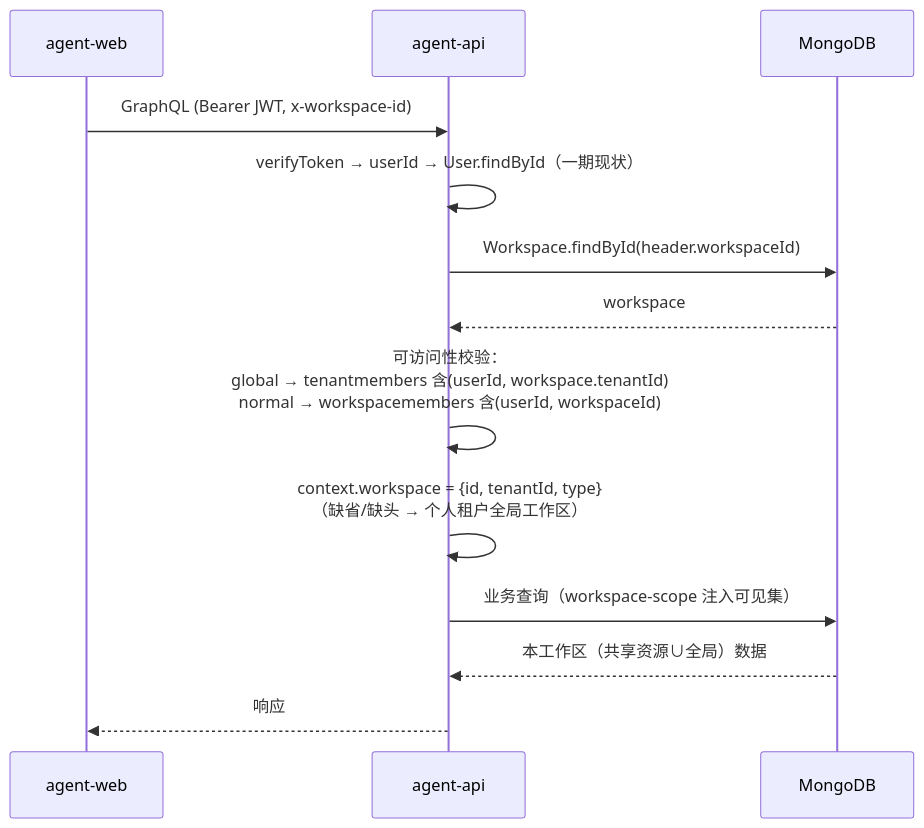
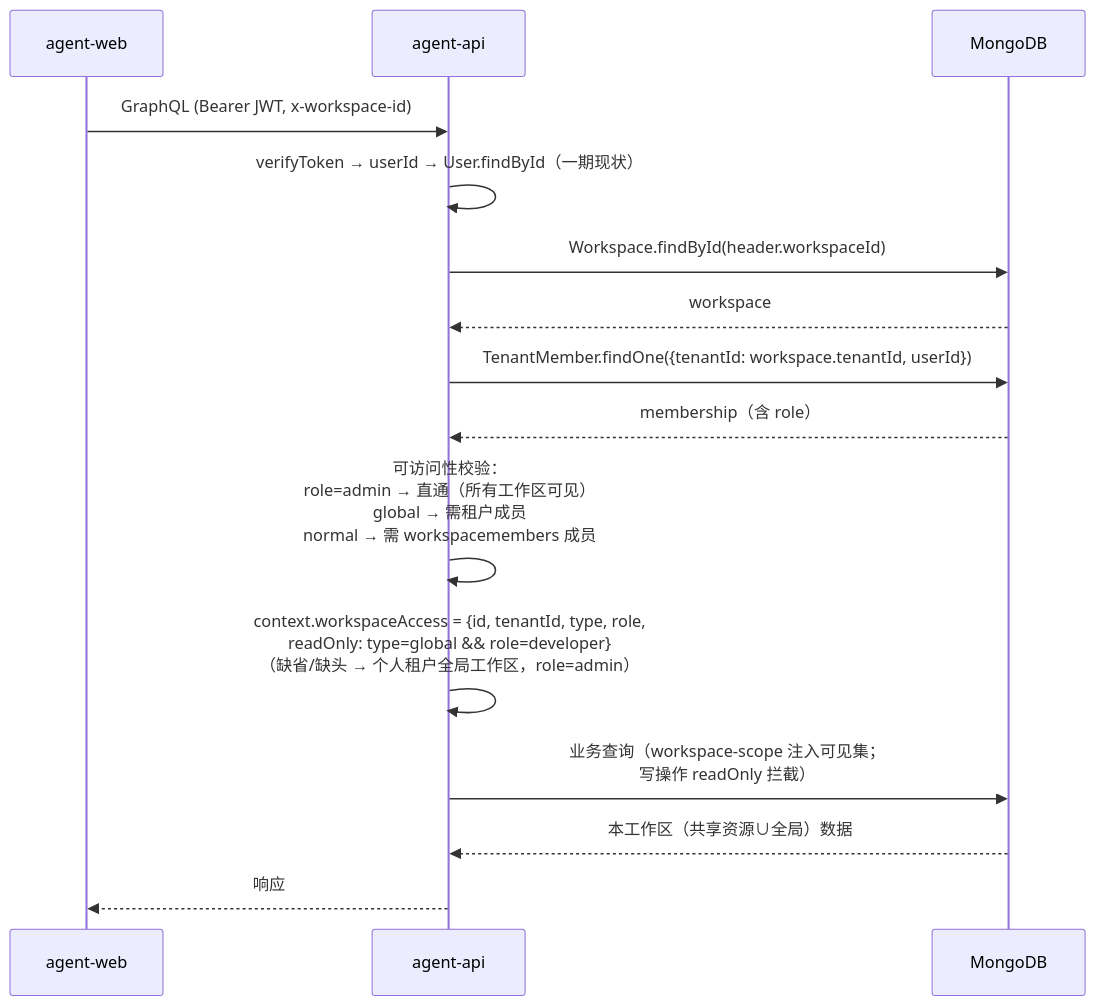
One commit to Deliay/z-agent-gear changed the third of 8 diagrams in docs/engineering/proposals/20261028-feat-multi-tenant-phase2.md. Above: the diagram before and after it, drawn with Mermaid. The commit also changed other lines of this file and 3 other files, not shown here.

````diff
--- a/docs/engineering/proposals/20261028-feat-multi-tenant-phase2.md
+++ b/docs/engineering/proposals/20261028-feat-multi-tenant-phase2.md
@@ -368,15 +424,17 @@
 ```mermaid
 sequenceDiagram
     participant C as agent-web
     participant A as agent-api
     participant D as MongoDB
     C->>A: GraphQL (Bearer JWT, x-workspace-id)
     A->>A: verifyToken → userId → User.findById（一期现状）
     A->>D: Workspace.findById(header.workspaceId)
     D-->>A: workspace
-    A->>A: 可访问性校验：<br/>global → tenantmembers 含(userId, workspace.tenantId)<br/>normal → workspacemembers 含(userId, workspaceId)
-    A->>A: context.workspace = {id, tenantId, type}<br/>（缺省/缺头 → 个人租户全局工作区）
-    A->>D: 业务查询（workspace-scope 注入可见集）
+    A->>D: TenantMember.findOne({tenantId: workspace.tenantId, userId})
+    D-->>A: membership（含 role）
+    A->>A: 可访问性校验：<br/>role=admin → 直通（所有工作区可见）<br/>global → 需租户成员<br/>normal → 需 workspacemembers 成员
+    A->>A: context.workspaceAccess = {id, tenantId, type, role,<br/>readOnly: type=global && role=developer}<br/>（缺省/缺头 → 个人租户全局工作区，role=admin）
+    A->>D: 业务查询（workspace-scope 注入可见集；<br/>写操作 readOnly 拦截）
     D-->>A: 本工作区（共享资源∪全局）数据
     A-->>C: 响应
 ```
````
